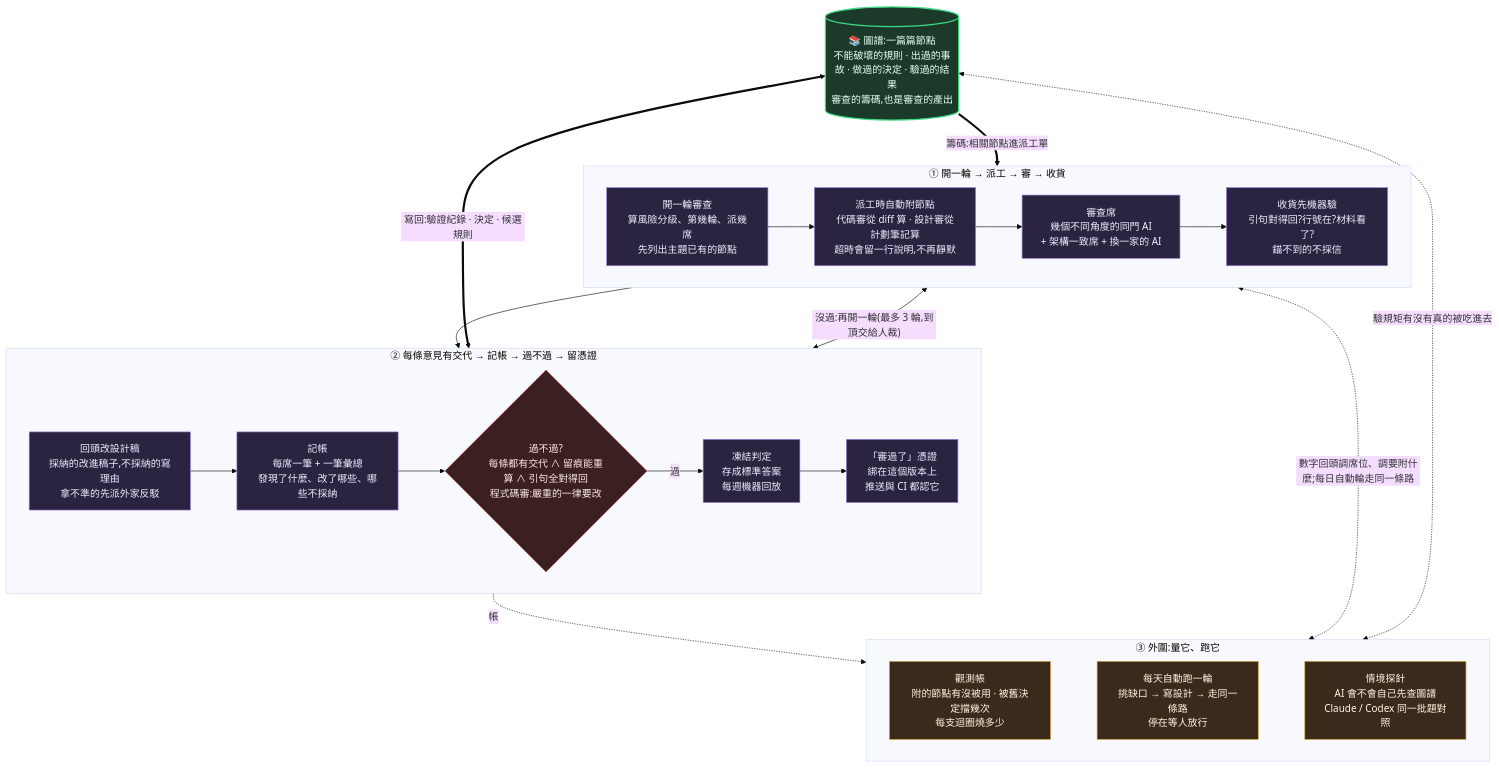
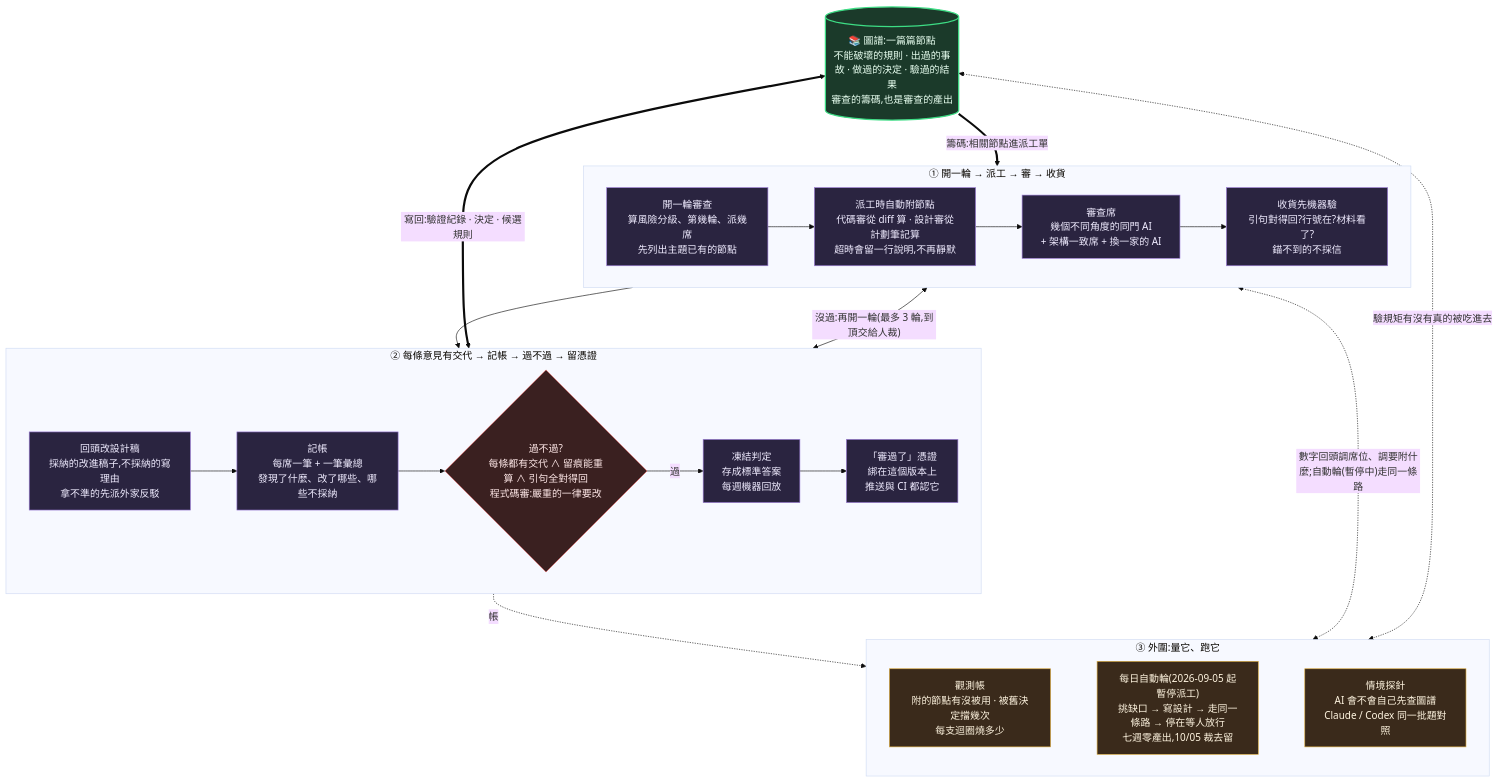
The fifth of 5 diagrams in ARCHITECTURE.md (EnzoHsieh-Android/Lumos), drawn with Mermaid (base theme) before and after one commit. The commit also changed 7 other files, not shown here.

First line of the commit message:
docs: 派工鏡頭超時不再靜默的說法同步到 hook docstring 與 skill 範本;三張良性循環圖與全景圖標明自主迴圈已暫停派工

````diff
--- a/ARCHITECTURE.md
+++ b/ARCHITECTURE.md
@@ -192,36 +192,36 @@
 ```mermaid
 flowchart TB
     NODES[("📚 圖譜:一篇篇節點<br/>不能破壞的規則 · 出過的事故 · 做過的決定 · 驗過的結果<br/>審查的籌碼,也是審查的產出")]
 
     subgraph R1["① 開一輪 → 派工 → 審 → 收貨"]
         direction LR
         NEXT["開一輪審查<br/>算風險分級、第幾輪、派幾席<br/>先列出主題已有的節點"] --> LENS["派工時自動附節點<br/>代碼審從 diff 算 · 設計審從計劃筆記算<br/>超時會留一行說明,不再靜默"] --> SEATS["審查席<br/>幾個不同角度的同門 AI<br/>+ 架構一致席 + 換一家的 AI"] --> INTAKE["收貨先機器驗<br/>引句對得回?行號在?材料看了?<br/>錨不到的不採信"]
     end
 
     subgraph R2["② 每條意見有交代 → 記帳 → 過不過 → 留憑證"]
         direction LR
         FOLD["回頭改設計稿<br/>採納的改進稿子,不採納的寫理由<br/>拿不準的先派外家反駁"] --> LEDGER["記帳<br/>每席一筆 + 一筆彙總<br/>發現了什麼、改了哪些、哪些不採納"] --> GATE{"過不過?<br/>每條都有交代 ∧ 留痕能重算 ∧ 引句全對得回<br/>程式碼審:嚴重的一律要改"} -->|過| FREEZE["凍結判定<br/>存成標準答案<br/>每週機器回放"] --> PASS["「審過了」憑證<br/>綁在這個版本上<br/>推送與 CI 都認它"]
     end
 
     subgraph R3["③ 外圍:量它、跑它"]
         direction LR
-        OBS["觀測帳<br/>附的節點有沒被用 · 被舊決定擋幾次<br/>每支迴圈燒多少"] ~~~ AUTO["每天自動跑一輪<br/>挑缺口 → 寫設計 → 走同一條路<br/>停在等人放行"] ~~~ PROBE["情境探針<br/>AI 會不會自己先查圖譜<br/>Claude / Codex 同一批題對照"]
+        OBS["觀測帳<br/>附的節點有沒被用 · 被舊決定擋幾次<br/>每支迴圈燒多少"] ~~~ AUTO["每日自動輪(2026-09-05 起暫停派工)<br/>挑缺口 → 寫設計 → 走同一條路 → 停在等人放行<br/>七週零產出,10/05 裁去留"] ~~~ PROBE["情境探針<br/>AI 會不會自己先查圖譜<br/>Claude / Codex 同一批題對照"]
     end
 
     NODES ==>|"籌碼:相關節點進派工單"| R1
     R1 --> R2
     R2 -.->|"帳"| R3
     NODES <==>|"寫回:驗證紀錄 · 決定 · 候選規則"| R2
     R1 <-->|"沒過:再開一輪(最多 3 輪,到頂交給人裁)"| R2
-    R1 <-.->|"數字回頭調席位、調要附什麼;每日自動輪走同一條路"| R3
+    R1 <-.->|"數字回頭調席位、調要附什麼;自動輪(暫停中)走同一條路"| R3
     NODES <-.->|"驗規矩有沒有真的被吃進去"| R3
 
     classDef gnode fill:#1b3a2a,stroke:#3ddc84,stroke-width:2px,color:#e8fff0
     classDef step fill:#2a2440,stroke:#9a7bd6,color:#f0ecff
     classDef gate fill:#3a2020,stroke:#dc5b5b,color:#ffe8e8
     classDef obs fill:#3a2a1b,stroke:#dcab3d,color:#fff5e0
     class NODES gnode
     class NEXT,LENS,SEATS,INTAKE,FOLD,LEDGER,FREEZE,PASS step
     class GATE gate
     class OBS,AUTO,PROBE obs
 ```
````
